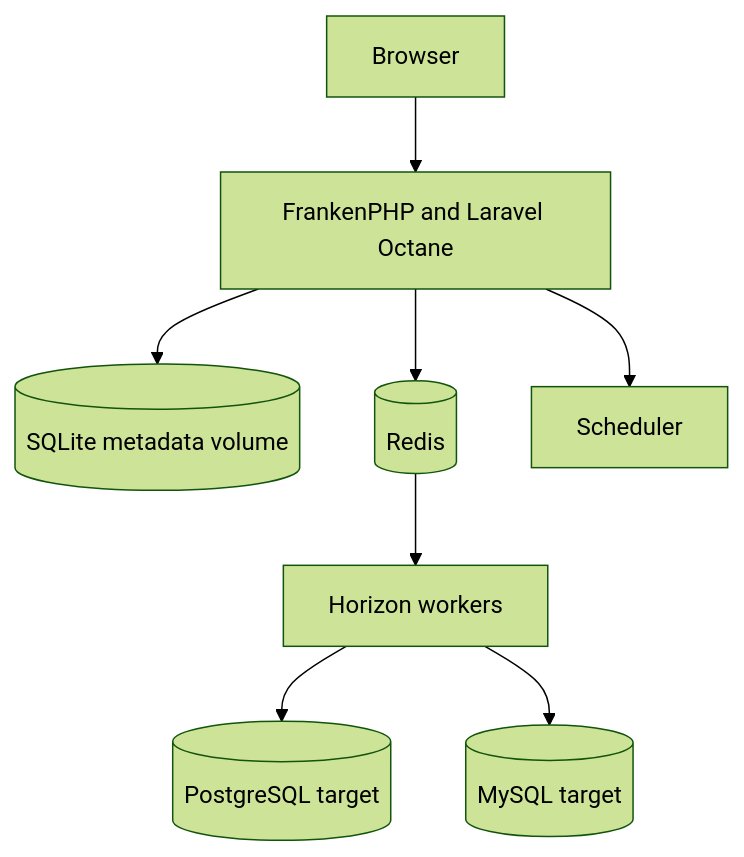
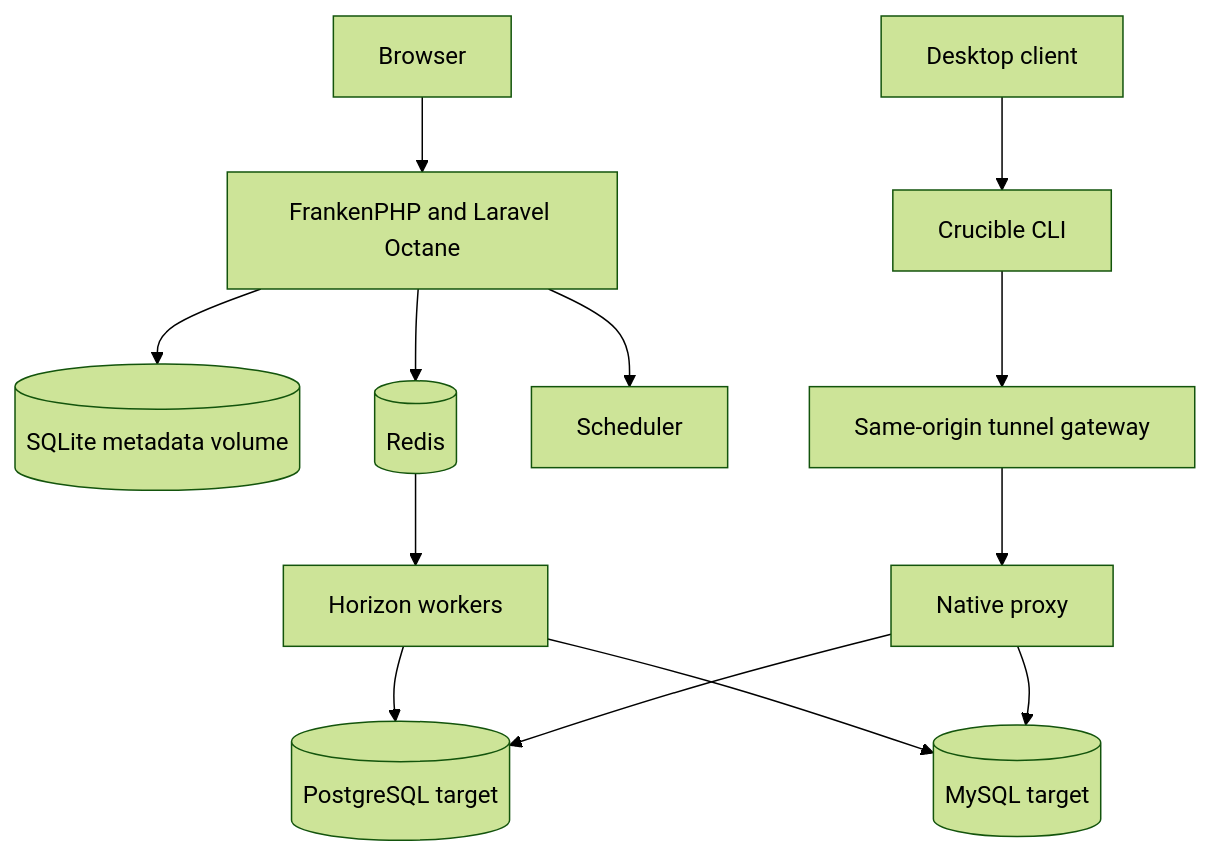
The diagram in docs/operations/architecture.md (adiwidia-dev/crucible-db), drawn with Mermaid (forest theme) before and after one commit. The commit also changed other lines of this file and 318 other files, not shown here.

````diff
--- a/docs/operations/architecture.md
+++ b/docs/operations/architecture.md
@@ -5,10 +5,15 @@
 ```mermaid
 flowchart TB
     B[Browser] --> A[FrankenPHP and Laravel Octane]
     A --> M[(SQLite metadata volume)]
     A --> R[(Redis)]
     R --> H[Horizon workers]
     A --> S[Scheduler]
     H --> P[(PostgreSQL target)]
     H --> Y[(MySQL target)]
+    C[Desktop client] --> L[Crucible CLI]
+    L --> G[Same-origin tunnel gateway]
+    G --> N[Native proxy]
+    N --> P
+    N --> Y
 ```
````
